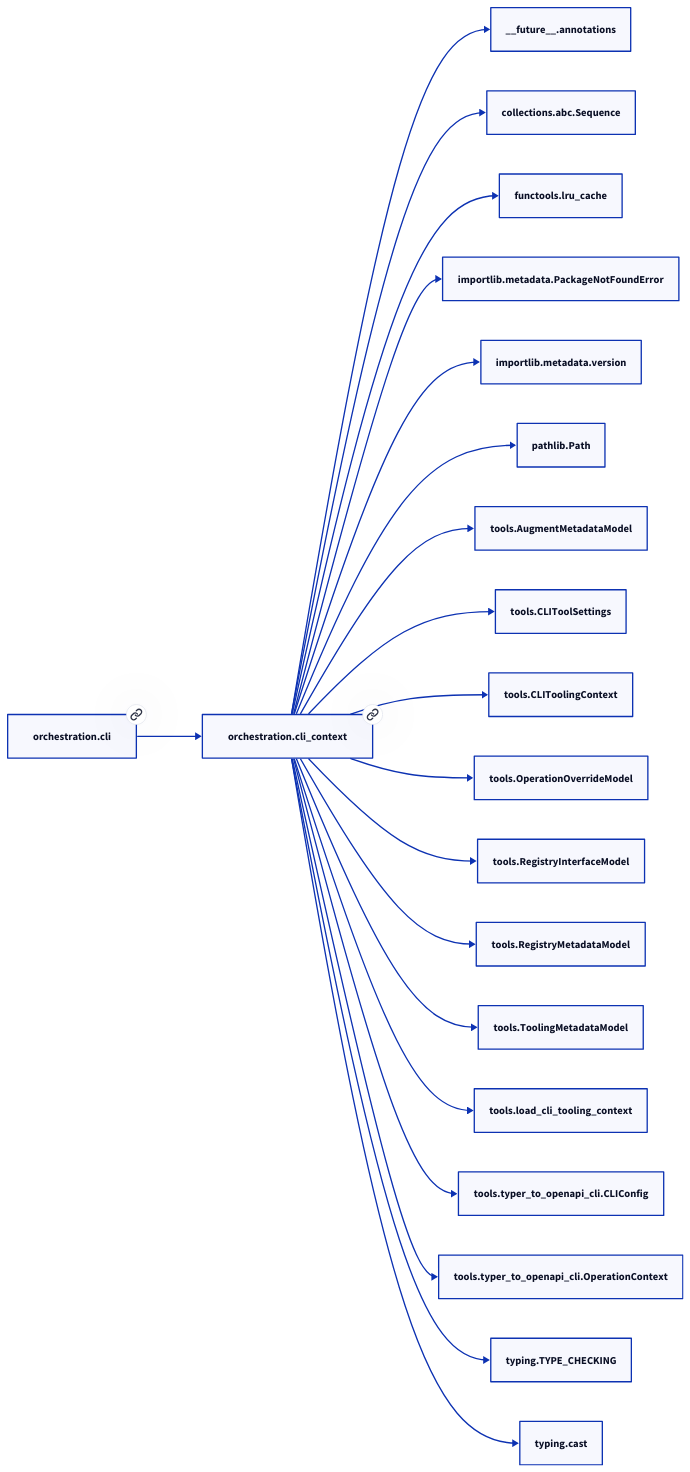
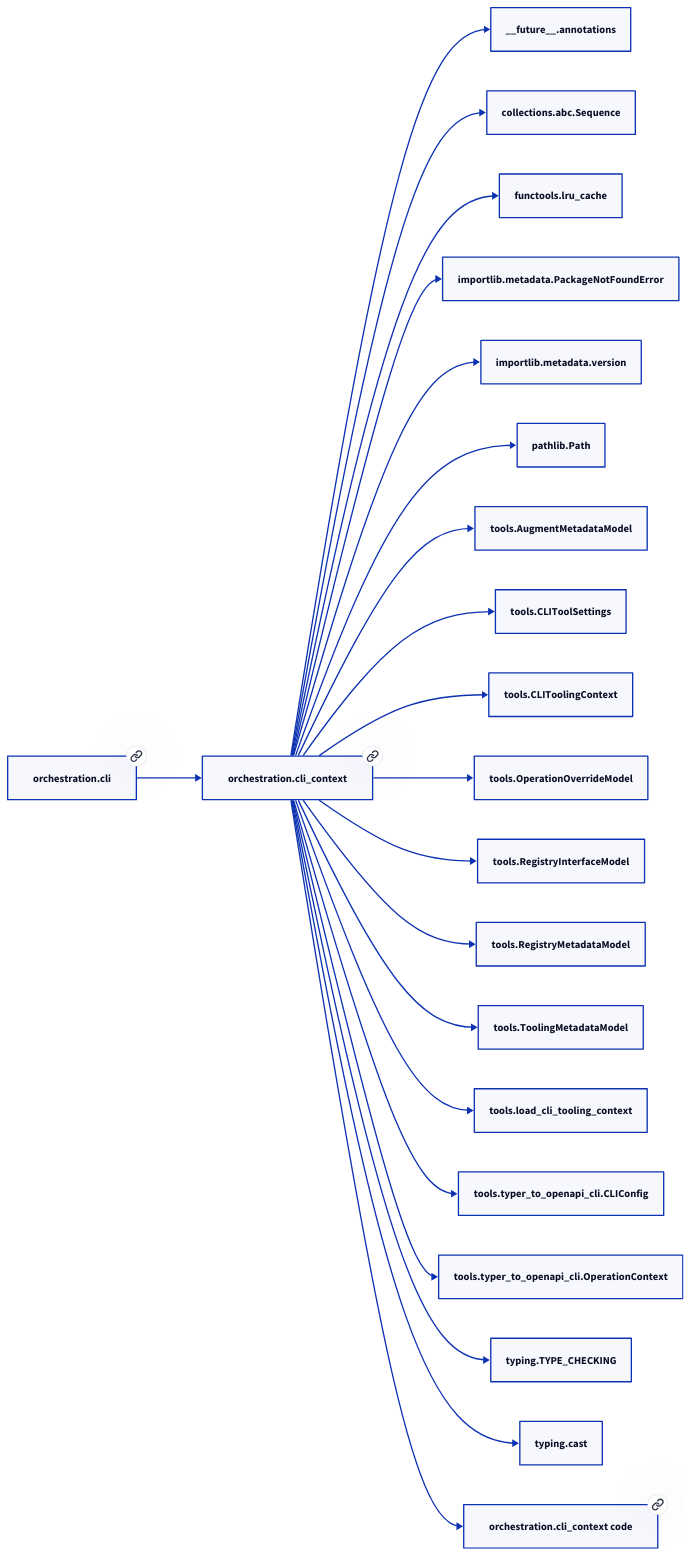
The diagram in docs/modules/orchestration/cli_context.md (paul-heyse/kgforge), drawn with D2 before and after one commit. The commit also changed other lines of this file and 319 other files, not shown here.

````diff
--- a/docs/modules/orchestration/cli_context.md
+++ b/docs/modules/orchestration/cli_context.md
@@ -67,42 +69,44 @@
 ```d2
 direction: right
-"orchestration.cli_context": "orchestration.cli_context" { link: "cli_context.md" }
+"orchestration.cli_context": "orchestration.cli_context" { link: "./orchestration/cli_context.md" }
 "__future__.annotations": "__future__.annotations"
 "orchestration.cli_context" -> "__future__.annotations"
 "collections.abc.Sequence": "collections.abc.Sequence"
 "orchestration.cli_context" -> "collections.abc.Sequence"
 "functools.lru_cache": "functools.lru_cache"
 "orchestration.cli_context" -> "functools.lru_cache"
 "importlib.metadata.PackageNotFoundError": "importlib.metadata.PackageNotFoundError"
 "orchestration.cli_context" -> "importlib.metadata.PackageNotFoundError"
 "importlib.metadata.version": "importlib.metadata.version"
 "orchestration.cli_context" -> "importlib.metadata.version"
 "pathlib.Path": "pathlib.Path"
 "orchestration.cli_context" -> "pathlib.Path"
 "tools.AugmentMetadataModel": "tools.AugmentMetadataModel"
 "orchestration.cli_context" -> "tools.AugmentMetadataModel"
 "tools.CLIToolSettings": "tools.CLIToolSettings"
 "orchestration.cli_context" -> "tools.CLIToolSettings"
 "tools.CLIToolingContext": "tools.CLIToolingContext"
 "orchestration.cli_context" -> "tools.CLIToolingContext"
 "tools.OperationOverrideModel": "tools.OperationOverrideModel"
 "orchestration.cli_context" -> "tools.OperationOverrideModel"
 "tools.RegistryInterfaceModel": "tools.RegistryInterfaceModel"
 "orchestration.cli_context" -> "tools.RegistryInterfaceModel"
 "tools.RegistryMetadataModel": "tools.RegistryMetadataModel"
 "orchestration.cli_context" -> "tools.RegistryMetadataModel"
 "tools.ToolingMetadataModel": "tools.ToolingMetadataModel"
 "orchestration.cli_context" -> "tools.ToolingMetadataModel"
 "tools.load_cli_tooling_context": "tools.load_cli_tooling_context"
 "orchestration.cli_context" -> "tools.load_cli_tooling_context"
 "tools.typer_to_openapi_cli.CLIConfig": "tools.typer_to_openapi_cli.CLIConfig"
 "orchestration.cli_context" -> "tools.typer_to_openapi_cli.CLIConfig"
 "tools.typer_to_openapi_cli.OperationContext": "tools.typer_to_openapi_cli.OperationContext"
 "orchestration.cli_context" -> "tools.typer_to_openapi_cli.OperationContext"
 "typing.TYPE_CHECKING": "typing.TYPE_CHECKING"
 "orchestration.cli_context" -> "typing.TYPE_CHECKING"
 "typing.cast": "typing.cast"
 "orchestration.cli_context" -> "typing.cast"
-"orchestration.cli": "orchestration.cli" { link: "cli.md" }
+"orchestration.cli": "orchestration.cli" { link: "./orchestration/cli.md" }
 "orchestration.cli" -> "orchestration.cli_context"
+"orchestration.cli_context_code": "orchestration.cli_context code" { link: "https://github.com/kgfoundry/kgfoundry/blob/main/src/orchestration/cli_context.py" }
+"orchestration.cli_context" -> "orchestration.cli_context_code" { style: dashed }
 ```
````
